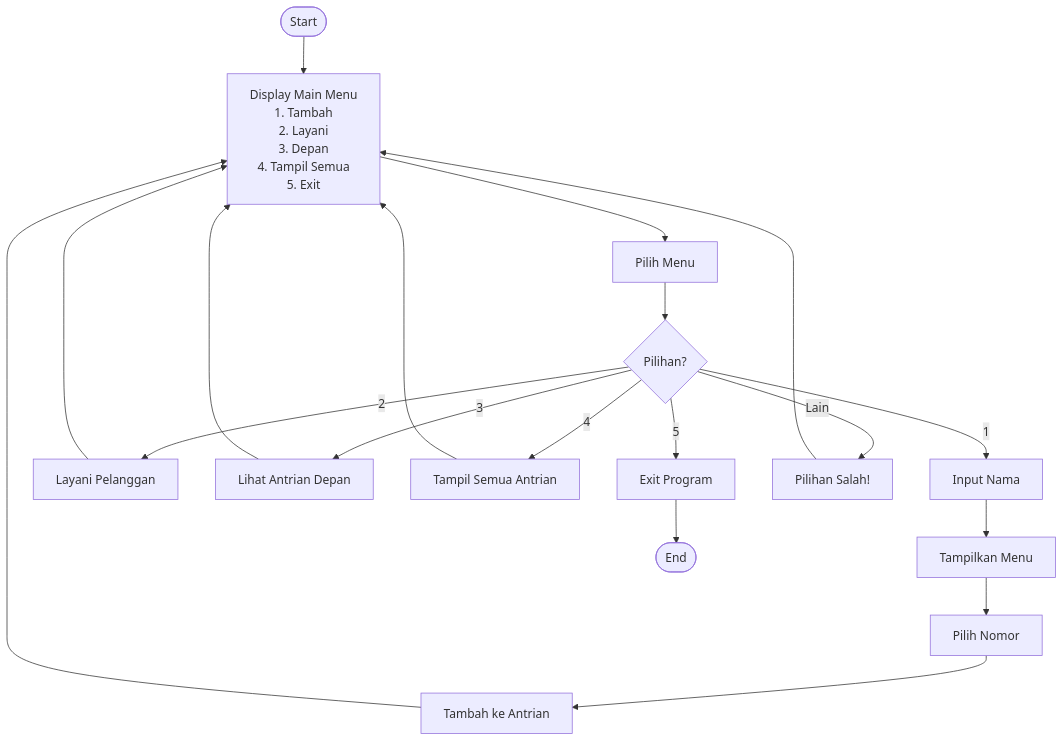
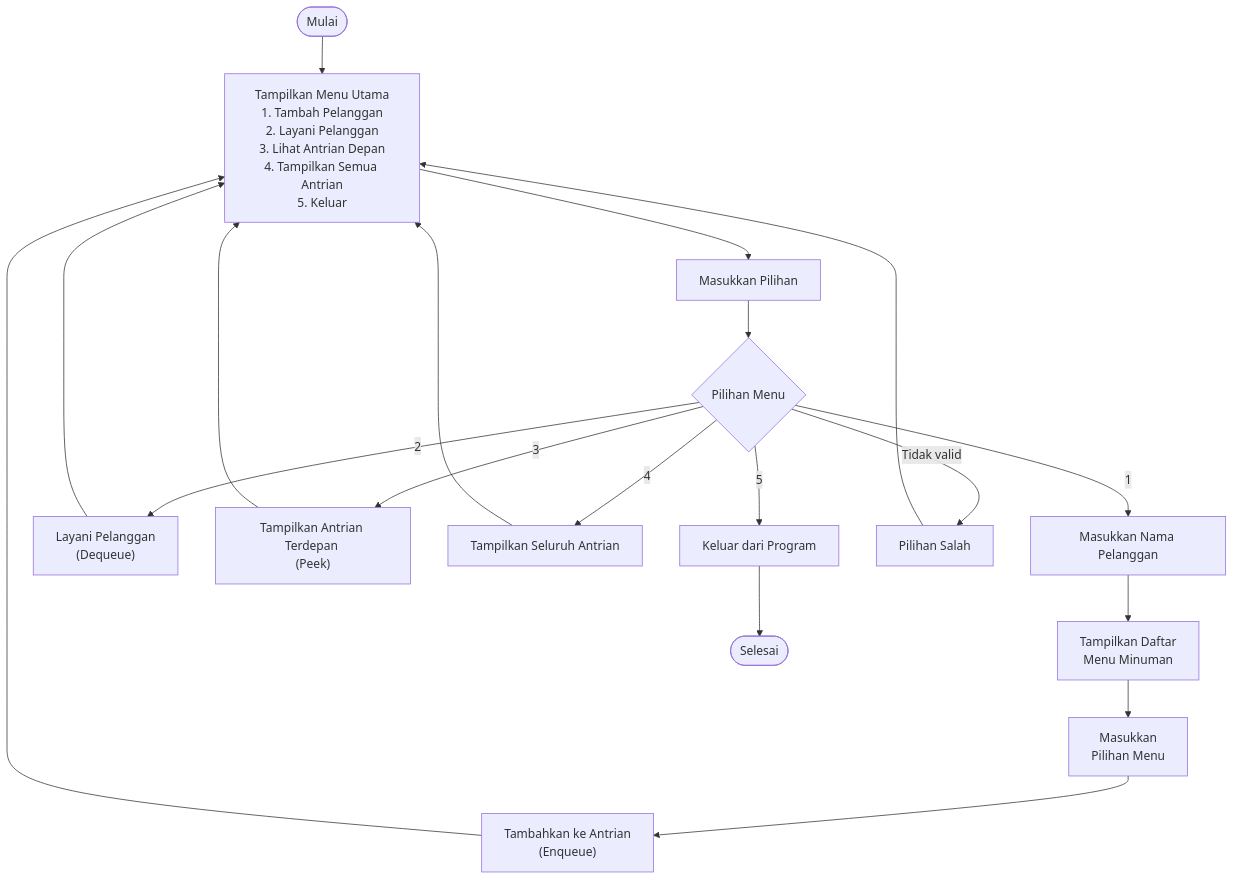
One commit to Nanzz1112/ProjectUTS-StrukturData changed the diagram in README.md. Above: the diagram before and after it, drawn with Mermaid. The commit also changed other lines of this file, not shown here.

````diff
--- a/README.md
+++ b/README.md
@@ -86,25 +75,26 @@
 ```mermaid
 flowchart TD
-    Start([Start]) --> Loop["Display Main Menu<br/>1. Tambah <br/>2. Layani <br/>3. Depan<br/>4. Tampil Semua <br/>5. Exit"]
-    Loop --> Input["Pilih Menu"]
-    Input --> Decision{Pilihan?}
+    Start([Mulai]) --> MenuUtama["Tampilkan Menu Utama<br/>1. Tambah Pelanggan<br/>2. Layani Pelanggan<br/>3. Lihat Antrian Depan<br/>4. Tampilkan Semua Antrian<br/>5. Keluar"]
     
-    Decision -->|1| Name["Input Nama"]
-    Decision -->|2| Serve["Layani Pelanggan"]
-    Decision -->|3| Front["Lihat Antrian Depan"]
-    Decision -->|4| All["Tampil Semua Antrian"]
-    Decision -->|5| Exit["Exit Program"]
-    Decision -->|Lain| Err["Pilihan Salah!"]
+    MenuUtama --> InputPilihan["Masukkan Pilihan"]
+    InputPilihan --> Keputusan{Pilihan Menu}
     
-    Name --> Menu["Tampilkan Menu"]
-    Menu --> Pick["Pilih Nomor"]
-    Pick --> Add["Tambah ke Antrian"]
-    Add --> Loop
+    Keputusan -->|1| InputNama["Masukkan Nama Pelanggan"]
+    Keputusan -->|2| Layani["Layani Pelanggan <br/>(Dequeue)"]
+    Keputusan -->|3| LihatDepan["Tampilkan Antrian Terdepan <br/>(Peek)"]
+    Keputusan -->|4| TampilSemua["Tampilkan Seluruh Antrian"]
+    Keputusan -->|5| Keluar["Keluar dari Program"]
+    Keputusan -->|Tidak valid| Error["Pilihan Salah"]
     
-    Serve --> Loop
-    Front --> Loop
-    All --> Loop
-    Err --> Loop
+    InputNama --> TampilMenu["Tampilkan Daftar <br/>Menu Minuman"]
+    TampilMenu --> PilihMenu["Masukkan <br/>Pilihan Menu"]
+    PilihMenu --> Tambah["Tambahkan ke Antrian <br/>(Enqueue)"]
+    Tambah --> MenuUtama
     
-    Exit --> End([End])
+    Layani --> MenuUtama
+    LihatDepan --> MenuUtama
+    TampilSemua --> MenuUtama
+    Error --> MenuUtama
+    
+    Keluar --> Selesai([Selesai])
 ```
````
